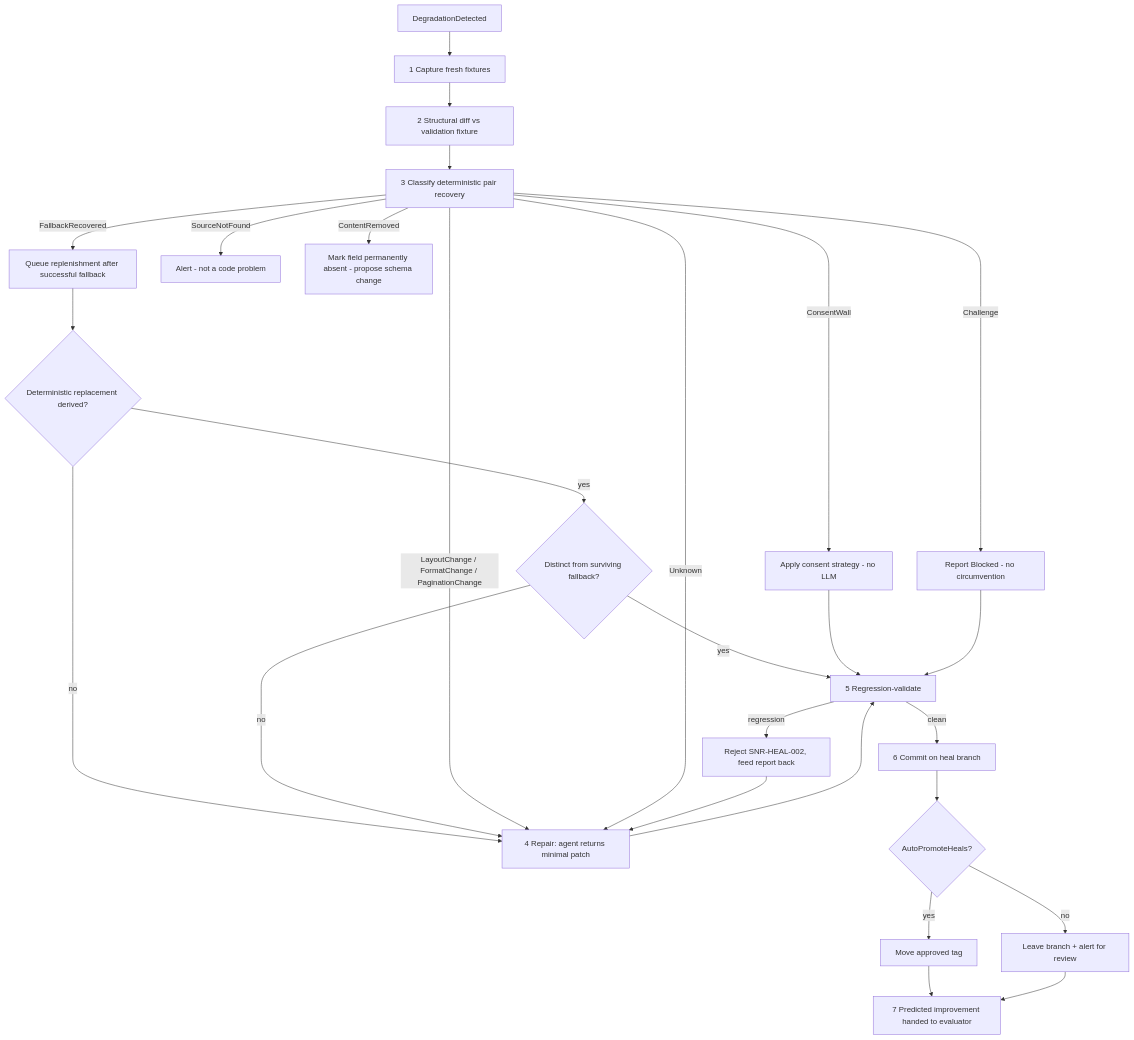
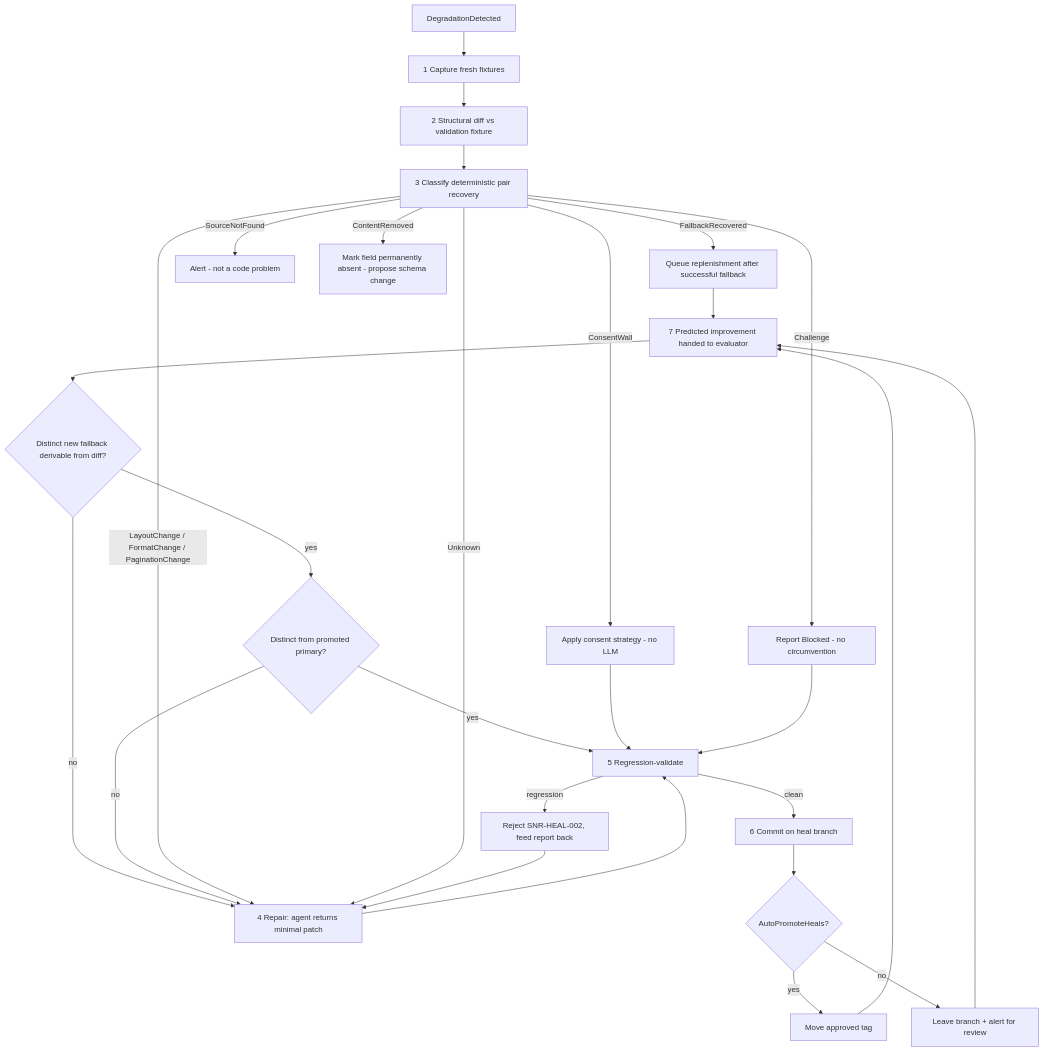
Before and after one commit to sommmen/Sanare: the diagram in docs/features/healing-workflow.md, drawn with Mermaid. The commit also changed other lines of this file and 4 other files, not shown here.

````diff
--- a/docs/features/healing-workflow.md
+++ b/docs/features/healing-workflow.md
@@ -83,29 +83,30 @@
 ```mermaid
 flowchart TD
     A[DegradationDetected] --> B[1 Capture fresh fixtures]
     B --> C[2 Structural diff vs validation fixture]
     C --> D[3 Classify deterministic pair recovery]
     D -- FallbackRecovered --> R[Queue replenishment after successful fallback]
-    R --> Q{Deterministic replacement derived?}
-    Q -- yes --> S{Distinct from surviving fallback?}
+    R --> P[Promote surviving fallback to primary]
+    P --> Q{Distinct new fallback derivable from diff?}
+    Q -- yes --> S{Distinct from promoted primary?}
     Q -- no --> H[4 Repair: agent returns minimal patch]
     S -- yes --> J[5 Regression-validate]
     S -- no --> H
     D -- ConsentWall --> E[Apply consent strategy - no LLM]
     D -- Challenge --> F[Report Blocked - no circumvention]
     D -- SourceNotFound --> G[Alert - not a code problem]
     D -- LayoutChange / FormatChange / PaginationChange --> H[4 Repair: agent returns minimal patch]
     D -- ContentRemoved --> I[Mark field permanently absent - propose schema change]
     D -- Unknown --> H
     E --> J[5 Regression-validate]
     F --> J
     H --> J
     J -- regression --> K[Reject SNR-HEAL-002, feed report back]
     K --> H
     J -- clean --> L[6 Commit on heal branch]
     L --> M{AutoPromoteHeals?}
     M -- yes --> N[Move approved tag]
     M -- no --> O[Leave branch + alert for review]
     N --> P[7 Predicted improvement handed to evaluator]
     O --> P
 ```
````
